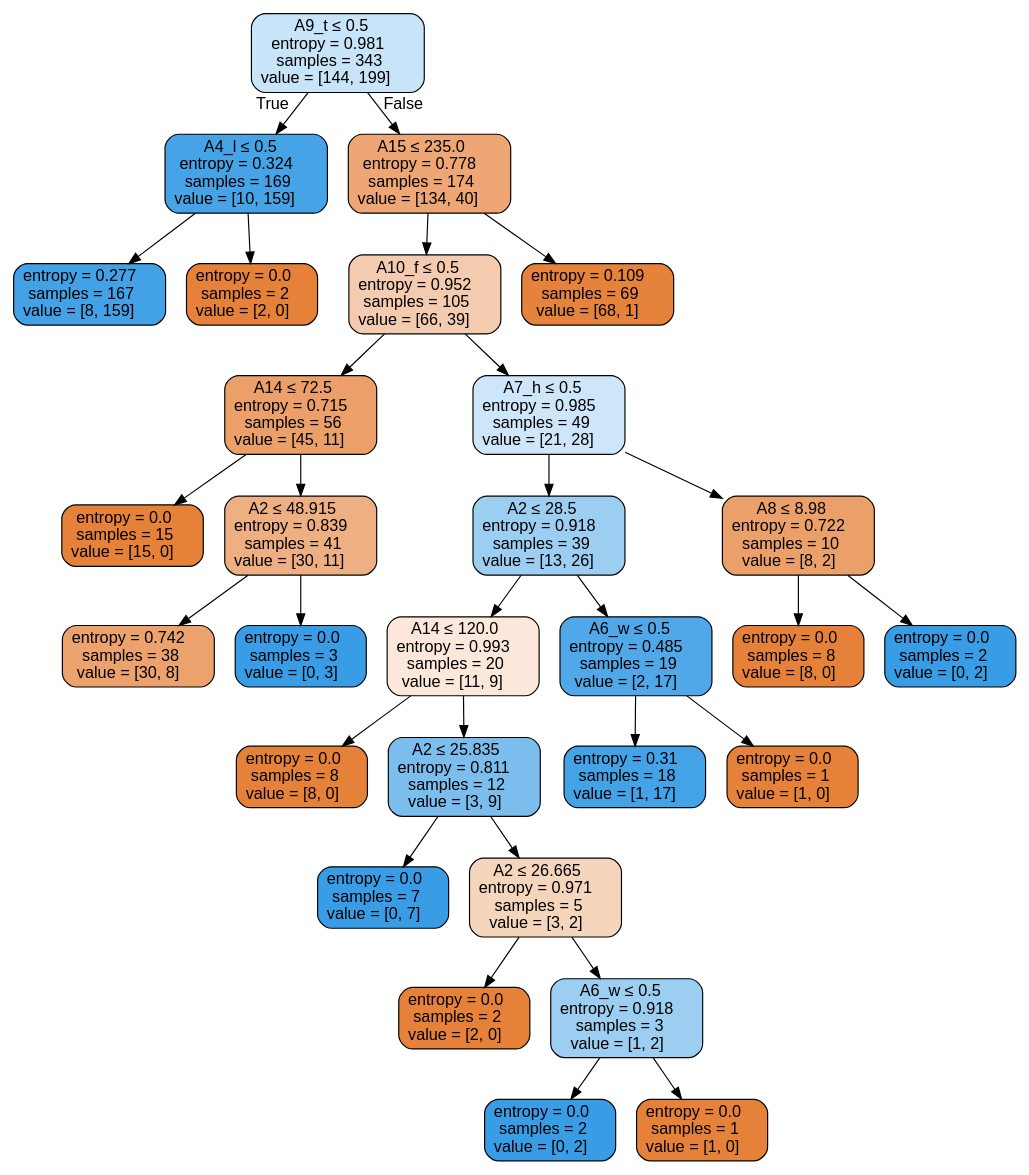
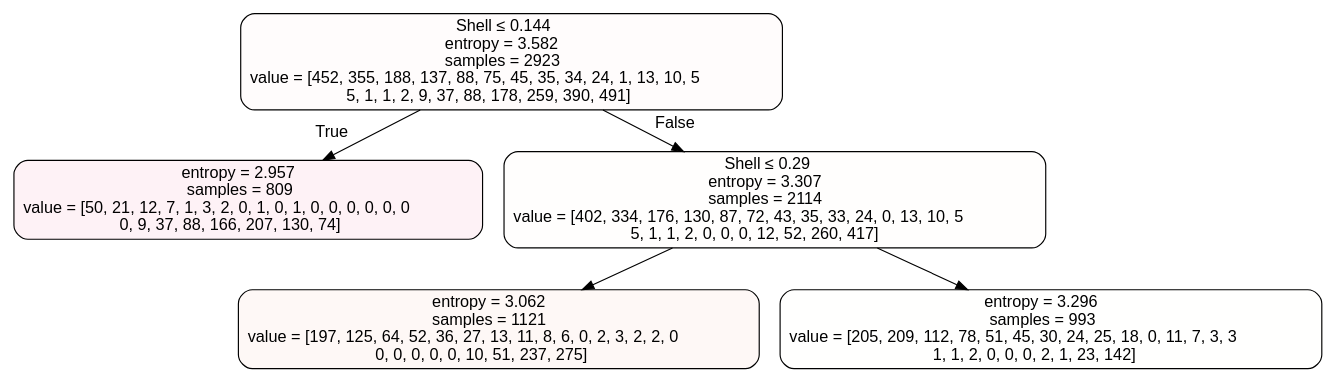
The diagram in sklearn_cart-classification_CCP-finish/sklearnCART2json_CCP/visualization/T5.dot (appleyuchi/Decision_Tree_Prune), drawn with Graphviz before and after one commit. The commit also changed 33 other files, not shown here.

```diff
--- a/sklearn_cart-classification_CCP-finish/sklearnCART2json_CCP/visualization/T5.dot
+++ b/sklearn_cart-classification_CCP-finish/sklearnCART2json_CCP/visualization/T5.dot
@@ -1,61 +1,13 @@
 digraph Tree {
 node [shape=box, style="filled, rounded", color="black", fontname=helvetica] ;
 edge [fontname=helvetica] ;
-0 [label=<A9_t &le; 0.5<br/>entropy = 0.981<br/>samples = 343<br/>value = [144, 199]>, fillcolor="#399de546"] ;
-1 [label=<A4_l &le; 0.5<br/>entropy = 0.324<br/>samples = 169<br/>value = [10, 159]>, fillcolor="#399de5ef"] ;
+0 [label=<Shell &le; 0.144<br/>entropy = 3.582<br/>samples = 2923<br/>value = [452, 355, 188, 137, 88, 75, 45, 35, 34, 24, 1, 13, 10, 5<br/>5, 1, 1, 2, 9, 37, 88, 178, 259, 390, 491]>, fillcolor="#e5563904"] ;
+1 [label=<entropy = 2.957<br/>samples = 809<br/>value = [50, 21, 12, 7, 1, 3, 2, 0, 1, 0, 1, 0, 0, 0, 0, 0, 0<br/>0, 9, 37, 88, 166, 207, 130, 74]>, fillcolor="#e5396f10"] ;
 0 -> 1 [labeldistance=2.5, labelangle=45, headlabel="True"] ;
-2 [label=<entropy = 0.277<br/>samples = 167<br/>value = [8, 159]>, fillcolor="#399de5f2"] ;
-1 -> 2 ;
-27 [label=<entropy = 0.0<br/>samples = 2<br/>value = [2, 0]>, fillcolor="#e58139ff"] ;
-1 -> 27 ;
-28 [label=<A15 &le; 235.0<br/>entropy = 0.778<br/>samples = 174<br/>value = [134, 40]>, fillcolor="#e58139b3"] ;
-0 -> 28 [labeldistance=2.5, labelangle=-45, headlabel="False"] ;
-29 [label=<A10_f &le; 0.5<br/>entropy = 0.952<br/>samples = 105<br/>value = [66, 39]>, fillcolor="#e5813968"] ;
-28 -> 29 ;
-30 [label=<A14 &le; 72.5<br/>entropy = 0.715<br/>samples = 56<br/>value = [45, 11]>, fillcolor="#e58139c1"] ;
-29 -> 30 ;
-31 [label=<entropy = 0.0<br/>samples = 15<br/>value = [15, 0]>, fillcolor="#e58139ff"] ;
-30 -> 31 ;
-32 [label=<A2 &le; 48.915<br/>entropy = 0.839<br/>samples = 41<br/>value = [30, 11]>, fillcolor="#e58139a1"] ;
-30 -> 32 ;
-33 [label=<entropy = 0.742<br/>samples = 38<br/>value = [30, 8]>, fillcolor="#e58139bb"] ;
-32 -> 33 ;
-46 [label=<entropy = 0.0<br/>samples = 3<br/>value = [0, 3]>, fillcolor="#399de5ff"] ;
-32 -> 46 ;
-47 [label=<A7_h &le; 0.5<br/>entropy = 0.985<br/>samples = 49<br/>value = [21, 28]>, fillcolor="#399de540"] ;
-29 -> 47 ;
-48 [label=<A2 &le; 28.5<br/>entropy = 0.918<br/>samples = 39<br/>value = [13, 26]>, fillcolor="#399de57f"] ;
-47 -> 48 ;
-49 [label=<A14 &le; 120.0<br/>entropy = 0.993<br/>samples = 20<br/>value = [11, 9]>, fillcolor="#e581392e"] ;
-48 -> 49 ;
-50 [label=<entropy = 0.0<br/>samples = 8<br/>value = [8, 0]>, fillcolor="#e58139ff"] ;
-49 -> 50 ;
-51 [label=<A2 &le; 25.835<br/>entropy = 0.811<br/>samples = 12<br/>value = [3, 9]>, fillcolor="#399de5aa"] ;
-49 -> 51 ;
-52 [label=<entropy = 0.0<br/>samples = 7<br/>value = [0, 7]>, fillcolor="#399de5ff"] ;
-51 -> 52 ;
-53 [label=<A2 &le; 26.665<br/>entropy = 0.971<br/>samples = 5<br/>value = [3, 2]>, fillcolor="#e5813955"] ;
-51 -> 53 ;
-54 [label=<entropy = 0.0<br/>samples = 2<br/>value = [2, 0]>, fillcolor="#e58139ff"] ;
-53 -> 54 ;
-55 [label=<A6_w &le; 0.5<br/>entropy = 0.918<br/>samples = 3<br/>value = [1, 2]>, fillcolor="#399de57f"] ;
-53 -> 55 ;
-56 [label=<entropy = 0.0<br/>samples = 2<br/>value = [0, 2]>, fillcolor="#399de5ff"] ;
-55 -> 56 ;
-57 [label=<entropy = 0.0<br/>samples = 1<br/>value = [1, 0]>, fillcolor="#e58139ff"] ;
-55 -> 57 ;
-58 [label=<A6_w &le; 0.5<br/>entropy = 0.485<br/>samples = 19<br/>value = [2, 17]>, fillcolor="#399de5e1"] ;
-48 -> 58 ;
-59 [label=<entropy = 0.31<br/>samples = 18<br/>value = [1, 17]>, fillcolor="#399de5f0"] ;
-58 -> 59 ;
-64 [label=<entropy = 0.0<br/>samples = 1<br/>value = [1, 0]>, fillcolor="#e58139ff"] ;
-58 -> 64 ;
-65 [label=<A8 &le; 8.98<br/>entropy = 0.722<br/>samples = 10<br/>value = [8, 2]>, fillcolor="#e58139bf"] ;
-47 -> 65 ;
-66 [label=<entropy = 0.0<br/>samples = 8<br/>value = [8, 0]>, fillcolor="#e58139ff"] ;
-65 -> 66 ;
-67 [label=<entropy = 0.0<br/>samples = 2<br/>value = [0, 2]>, fillcolor="#399de5ff"] ;
-65 -> 67 ;
-68 [label=<entropy = 0.109<br/>samples = 69<br/>value = [68, 1]>, fillcolor="#e58139fb"] ;
-28 -> 68 ;
+8 [label=<Shell &le; 0.29<br/>entropy = 3.307<br/>samples = 2114<br/>value = [402, 334, 176, 130, 87, 72, 43, 35, 33, 24, 0, 13, 10, 5<br/>5, 1, 1, 2, 0, 0, 0, 12, 52, 260, 417]>, fillcolor="#e5563902"] ;
+0 -> 8 [labeldistance=2.5, labelangle=-45, headlabel="False"] ;
+9 [label=<entropy = 3.062<br/>samples = 1121<br/>value = [197, 125, 64, 52, 36, 27, 13, 11, 8, 6, 0, 2, 3, 2, 2, 0<br/>0, 0, 0, 0, 0, 10, 51, 237, 275]>, fillcolor="#e556390b"] ;
+8 -> 9 ;
+12 [label=<entropy = 3.296<br/>samples = 993<br/>value = [205, 209, 112, 78, 51, 45, 30, 24, 25, 18, 0, 11, 7, 3, 3<br/>1, 1, 2, 0, 0, 0, 2, 1, 23, 142]>, fillcolor="#e5a93901"] ;
+8 -> 12 ;
 }
```
